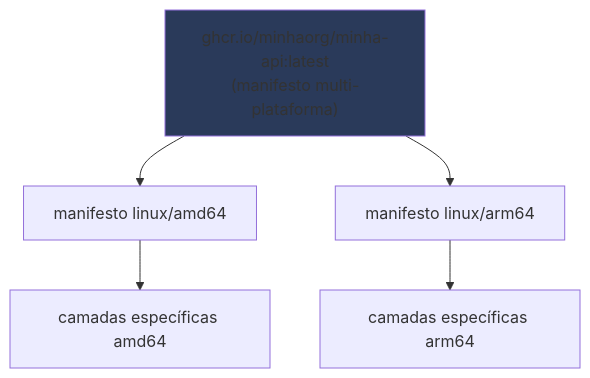
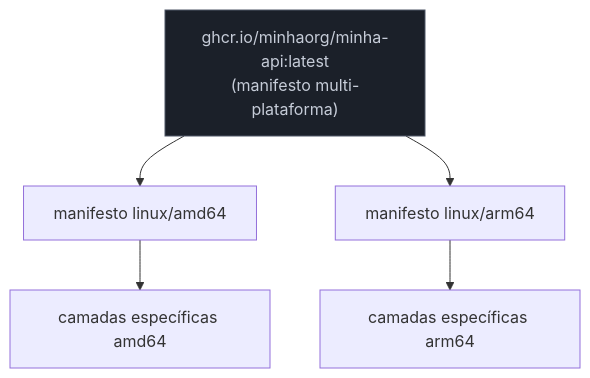
One commit to josenaldo/codex-technomanticus changed the second of 2 diagrams in 03-Dominios/Tecnologia/Infraestrutura/Docker/10 - BuildKit por dentro.md. Above: the diagram before and after it, drawn with Mermaid. The commit also changed other lines of this file and 1181 other files, not shown here.

First line of the commit message:
fix(diagramas): paleta do sistema no lugar de cor cravada no markdown

````diff
--- a/03-Dominios/Tecnologia/Infraestrutura/Docker/10 - BuildKit por dentro.md
+++ b/03-Dominios/Tecnologia/Infraestrutura/Docker/10 - BuildKit por dentro.md
@@ -298,10 +301,11 @@
 ```mermaid
 graph TB
+    classDef neutro fill:#1B2029,stroke:#4E5666,color:#C6CCD8
     T["ghcr.io/minhaorg/minha-api:latest<br/>(manifesto multi-plataforma)"]
     T --> A["manifesto linux/amd64"]
     T --> B["manifesto linux/arm64"]
     A --> A1["camadas específicas amd64"]
     B --> B1["camadas específicas arm64"]
 
-    style T fill:#2a3a5a
+    class T neutro
 ```
````
